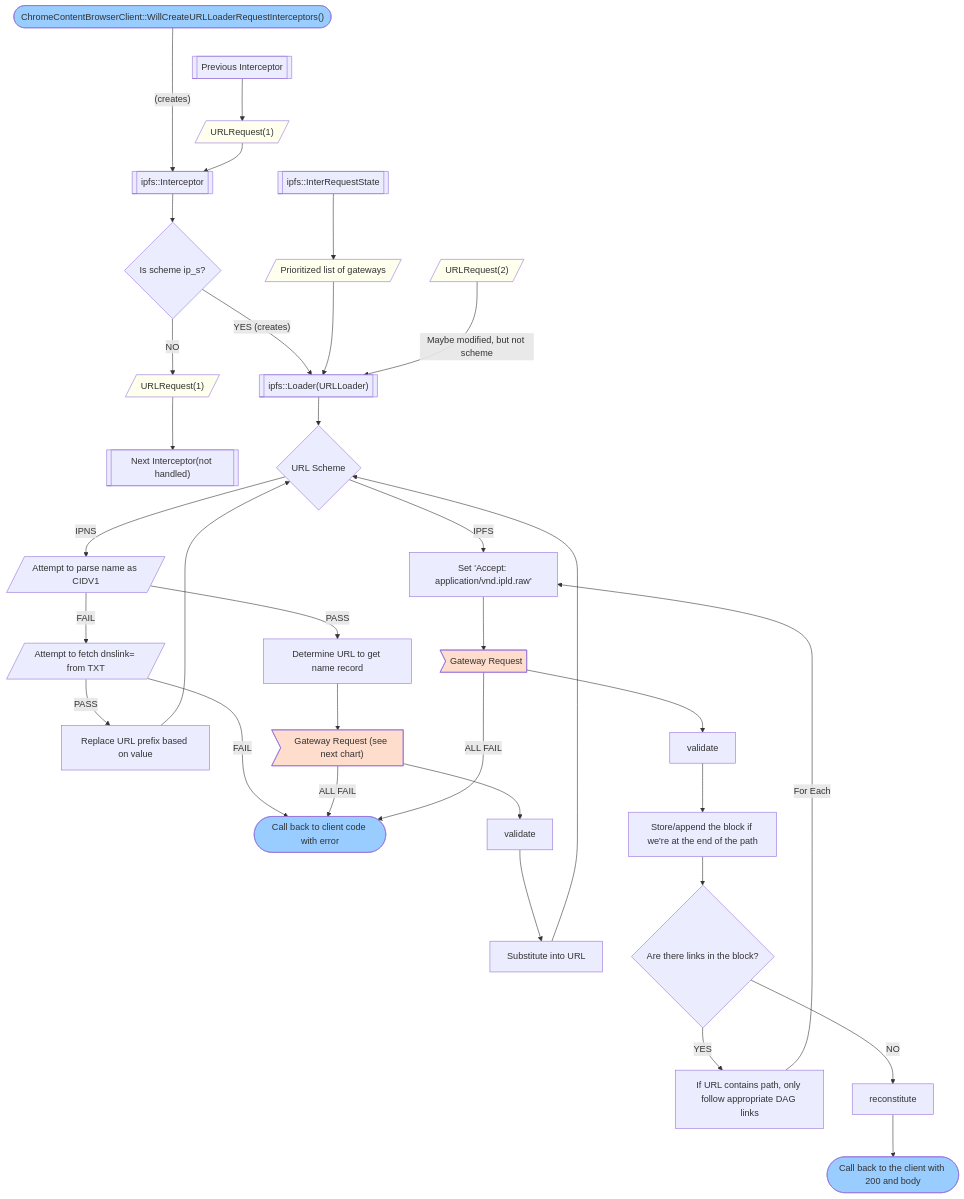
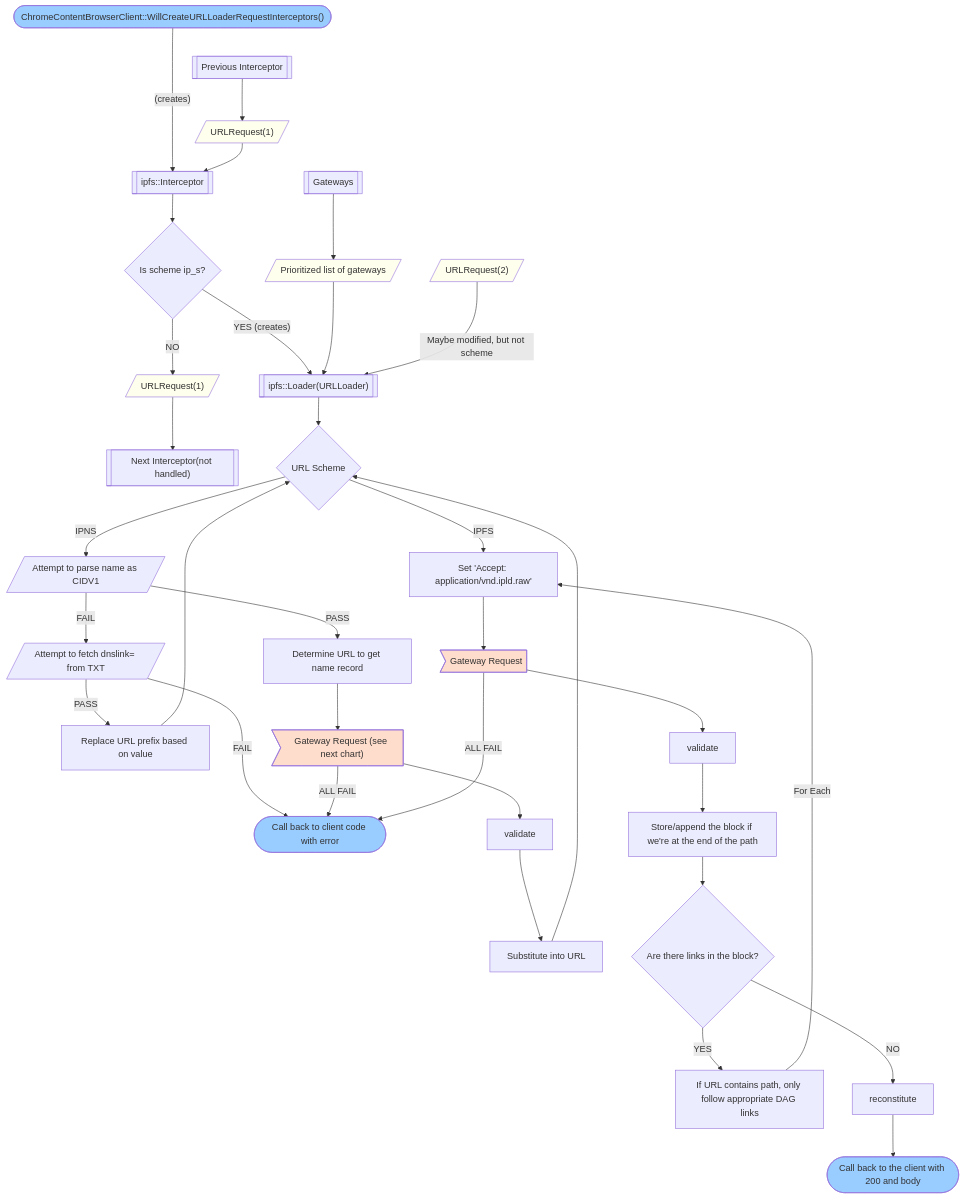
Before and after one commit to little-bear-labs/ipfs-chromium: the first of 2 diagrams in README.md, drawn with Mermaid. The commit also changed other lines of this file, not shown here.

Commit message:
Class Diagram

````diff
--- a/README.md
+++ b/README.md
@@ -43,32 +43,32 @@
 ```mermaid
 graph TD;
     start(["ChromeContentBrowserClient::WillCreateURLLoaderRequestInterceptors()"])
     style start fill:#9CF
     start --"(creates)"----> inter[[ipfs::Interceptor]]
     prev[[Previous Interceptor]] --> req0[/"URLRequest(1)"/]
     style req0 fill:#FFE
     req0 --> inter
     inter --> is_ipfs{"Is scheme ip_s?"}
     is_ipfs --NO--> req1[/"URLRequest(1)"/]
     style req1 fill:#FFE
     req1 --> next[["Next Interceptor(not handled)"]]
     is_ipfs --"YES (creates)"--> loader[["ipfs::Loader(URLLoader)"]]
-    state[["ipfs::InterRequestState"]] --> gwlist[/"Prioritized list of gateways"/] --> loader
+    state[["Gateways"]] --> gwlist[/"Prioritized list of gateways"/] --> loader
     style gwlist fill:#FFE
     req2[/"URLRequest(2)"/] --"Maybe modified, but not scheme"--> loader
     style req2 fill:#FFE
     errored(["Call back to client code with error"])
     style errored fill:#9CF
     loader --> is_ipns{"URL Scheme"} --IPNS--> parse_ipns[/"Attempt to parse name as CIDV1"/] --FAIL--> dns_txt[/"Attempt to fetch dnslink= from TXT"/] --FAIL--> errored
     dns_txt --PASS--> dns_sub["Replace URL prefix based on value"] --> is_ipns
     parse_ipns --PASS--> detnrurl["Determine URL to get name record"] --> gwreq>"Gateway Request (see next chart)"]
     style gwreq fill:#FDC
     gwreq --> validate --> sub["Substitute into URL"] --> is_ipns
     is_ipns --IPFS--> hdr["Set 'Accept: application/vnd.ipld.raw'"] --> gwreq0>"Gateway Request"]
     style gwreq0 fill:#FDC
     gwreq0 --> v["validate"] --> store["Store/append the block if we're at the end of the path"] --> links{"Are there links in the block?"} --YES--> filtr["If URL contains path, only follow appropriate DAG links"] --"For Each"--> hdr
     gwreq --ALL FAIL--> errored
     gwreq0 --ALL FAIL--> errored
     links --NO--> reconstitute --> successed(["Call back to the client with 200 and body"])
     style successed fill:#9CF    
  ```
````
